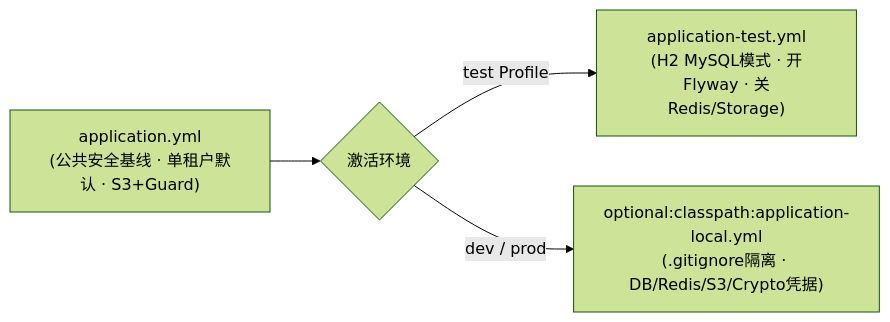
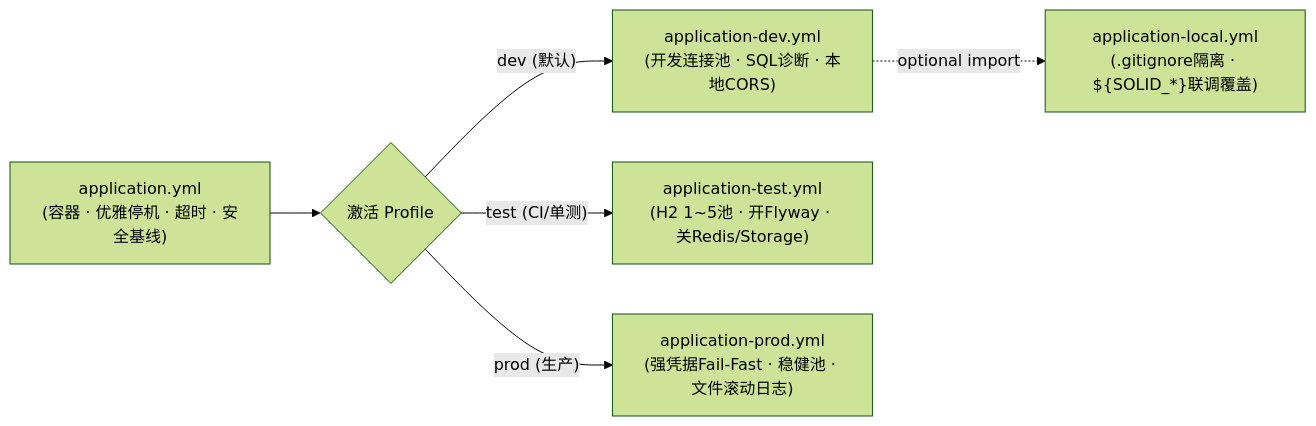
One commit to atengk/ateng-solid-server changed the diagram in ateng-solid-bootstrap/README.md. Above: the diagram before and after it, drawn with Mermaid (forest theme). The commit also changed other lines of this file and 24 other files, not shown here.

````diff
--- a/ateng-solid-bootstrap/README.md
+++ b/ateng-solid-bootstrap/README.md
@@ -41,6 +43,8 @@
 ```mermaid
 flowchart LR
-    BASE["application.yml<br/>(公共安全基线 · 单租户默认 · S3+Guard)"] --> ENV{"激活环境"}
-    ENV -->|"test Profile"| TEST["application-test.yml<br/>(H2 MySQL模式 · 开Flyway · 关Redis/Storage)"]
-    ENV -->|"dev / prod"| LOCAL["optional:classpath:application-local.yml<br/>(.gitignore隔离 · DB/Redis/S3/Crypto凭据)"]
+    BASE["application.yml<br/>(容器 · 优雅停机 · 超时 · 安全基线)"] --> ENV{"激活 Profile"}
+    ENV -->|"dev (默认)"| DEV["application-dev.yml<br/>(开发连接池 · SQL诊断 · 本地CORS)"]
+    DEV -.->|"optional import"| LOCAL["application-local.yml<br/>(.gitignore隔离 · ${SOLID_*}联调覆盖)"]
+    ENV -->|"test (CI/单测)"| TEST["application-test.yml<br/>(H2 1~5池 · 开Flyway · 关Redis/Storage)"]
+    ENV -->|"prod (生产)"| PROD["application-prod.yml<br/>(强凭据Fail-Fast · 稳健池 · 文件滚动日志)"]
 ```
````
